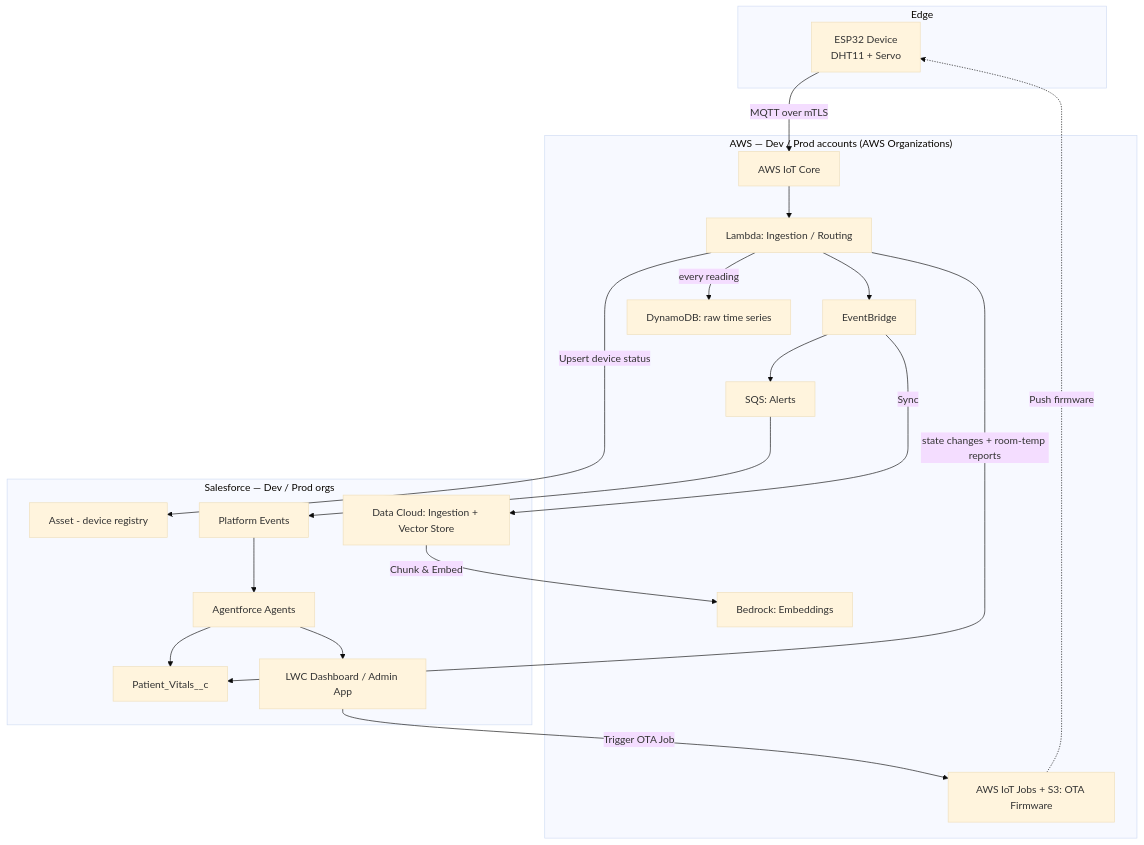
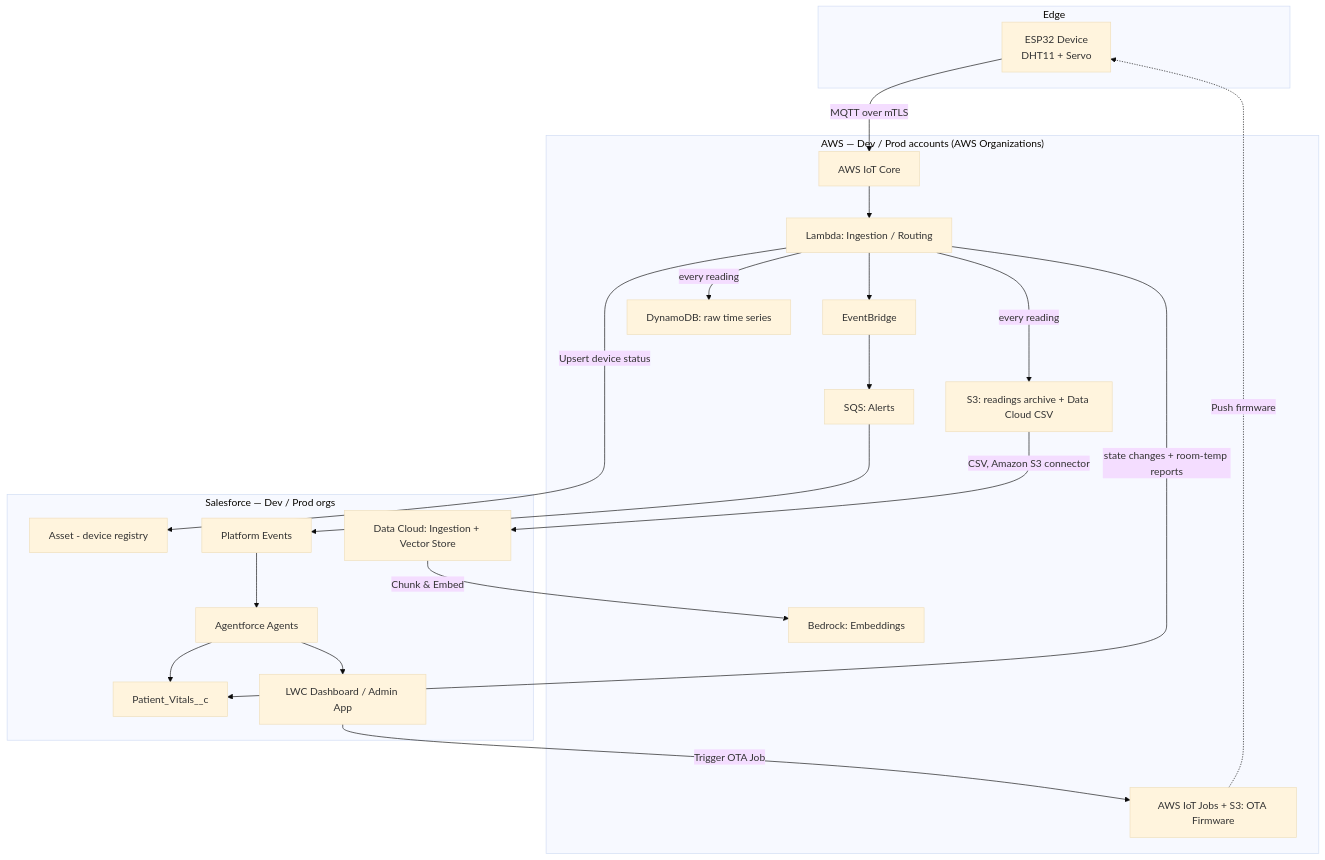
Before and after one commit to CloudArchitect101/Cloud-Agentic-IoT: the diagram in README.md, drawn with Mermaid (base theme). The commit also changed other lines of this file and 8 other files, not shown here.

First line of the commit message:
Docs: room readings into Data Cloud, and its setup steps

````diff
--- a/README.md
+++ b/README.md
@@ -41,41 +42,43 @@
 ```mermaid
 graph TB
     subgraph Edge
         A[ESP32 Device<br/>DHT11 + Servo]
     end
 
     subgraph "AWS — Dev / Prod accounts (AWS Organizations)"
         B[AWS IoT Core]
         C[Lambda: Ingestion / Routing]
         D[EventBridge]
         E[DynamoDB: raw time series]
         F[Bedrock: Embeddings]
         G[SQS: Alerts]
         H[AWS IoT Jobs + S3: OTA Firmware]
+        S[S3: readings archive + Data Cloud CSV]
     end
 
     subgraph "Salesforce — Dev / Prod orgs"
         I[Asset - device registry]
         J[Data Cloud: Ingestion + Vector Store]
         K[Patient_Vitals__c]
         L[Platform Events]
         M[Agentforce Agents]
         N[LWC Dashboard / Admin App]
     end
 
     A -- MQTT over mTLS --> B
     B --> C
     C -- every reading --> E
     C -- state changes + room-temp reports --> K
     C --> D
     D --> G
-    D -- Sync --> J
+    C -- every reading --> S
+    S -- CSV, Amazon S3 connector --> J
     J -- Chunk & Embed --> F
     C -- Upsert device status --> I
     G --> L
     L --> M
     M --> K
     M --> N
     N -- Trigger OTA Job --> H
     H -. Push firmware .-> A
 ```
````
